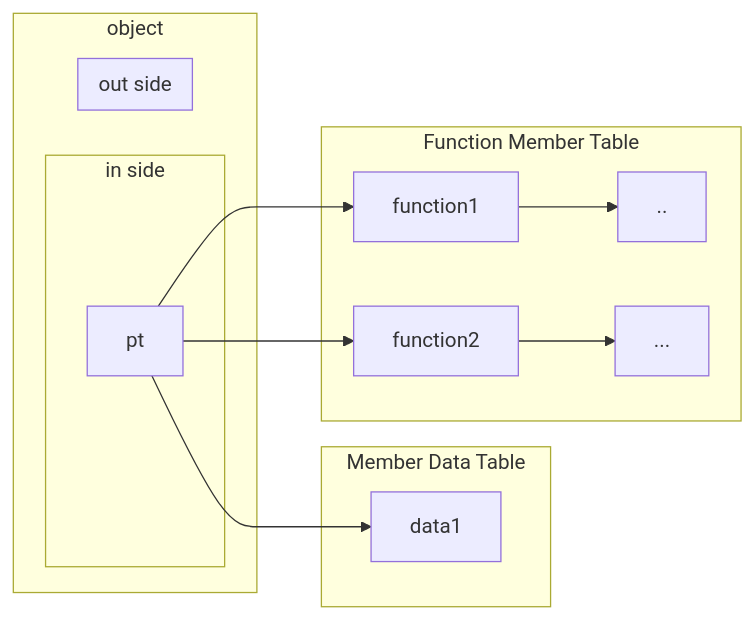
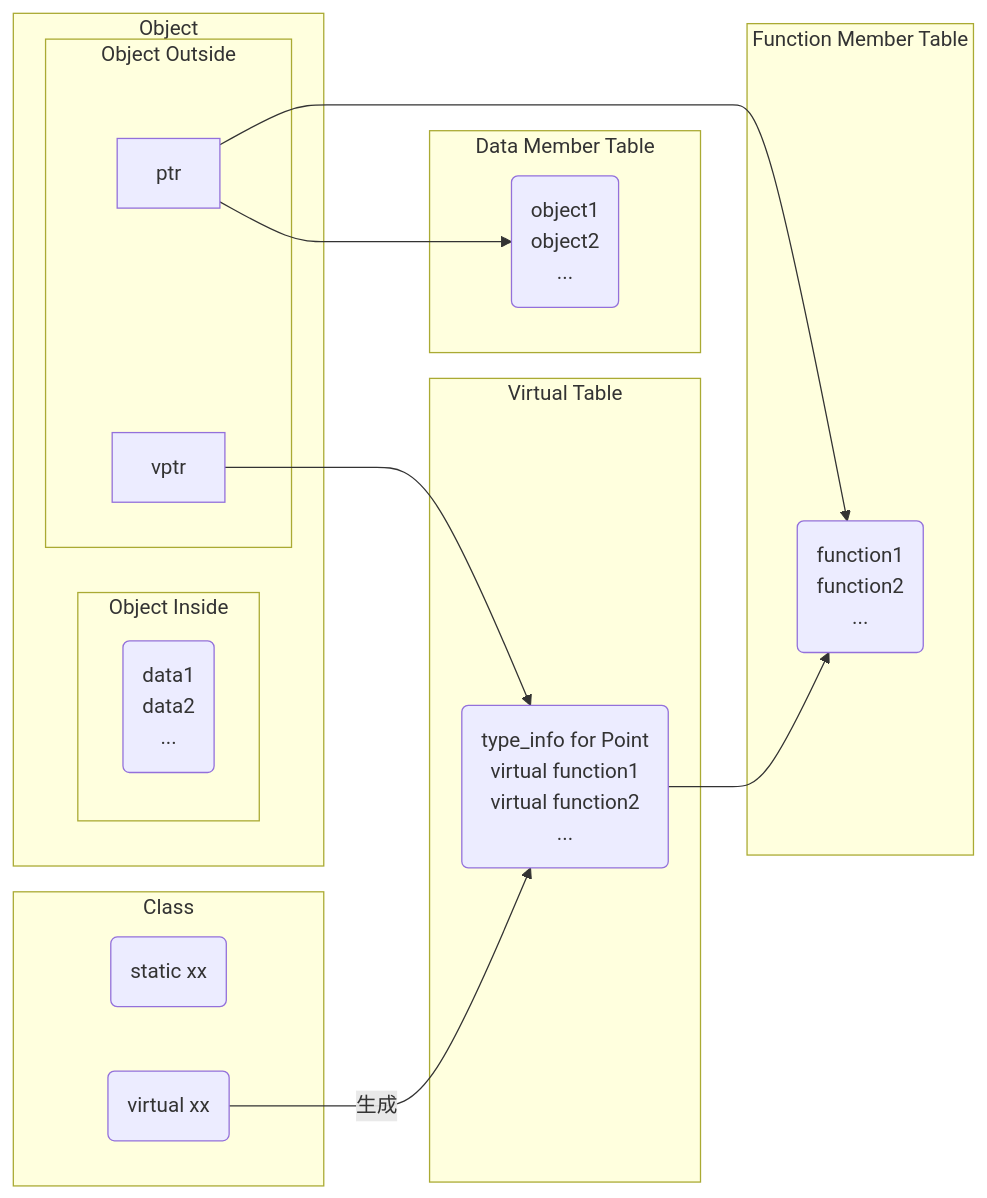
The first of 2 diagrams in LANG/C++/object.md (hanjingo/doc), drawn with Mermaid before and after one commit. The commit also changed other lines of this file and 9 other files, not shown here.

````diff
--- a/LANG/C++/object.md
+++ b/LANG/C++/object.md
@@ -7,21 +7,31 @@
 ```mermaid
 graph LR
-	subgraph object
-		subgraph in side
-			pt
+	subgraph Object
+		subgraph Object Inside
+			O1(data1<br>data2<br>...)
 		end
 		
-		subgraph out side
-		
+		subgraph Object Outside
+			ptr
+			vptr
 		end
 	end
-	
-	subgraph Member Data Table
-		pt --> data1
+			
+	subgraph Class
+		C1(static xx)
+		C2(virtual xx)
 	end
 	
 	subgraph Function Member Table
-	  pt --> function1 --> ..
-		pt --> function2 --> ...
+		ptr --> F(function1<br>function2<br>...)
+	end
+	
+	subgraph Data Member Table
+		ptr --> D1(object1<br>object2<br>...)
+	end
+	
+	subgraph Virtual Table
+	    vptr --> V(type_info for Point<br>virtual function1<br>virtual function2<br>...) --> F
+	    C2 --生成--> V
 	end
 ```
````
